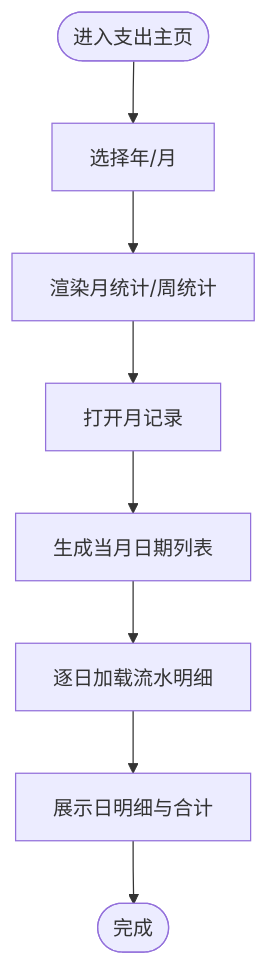
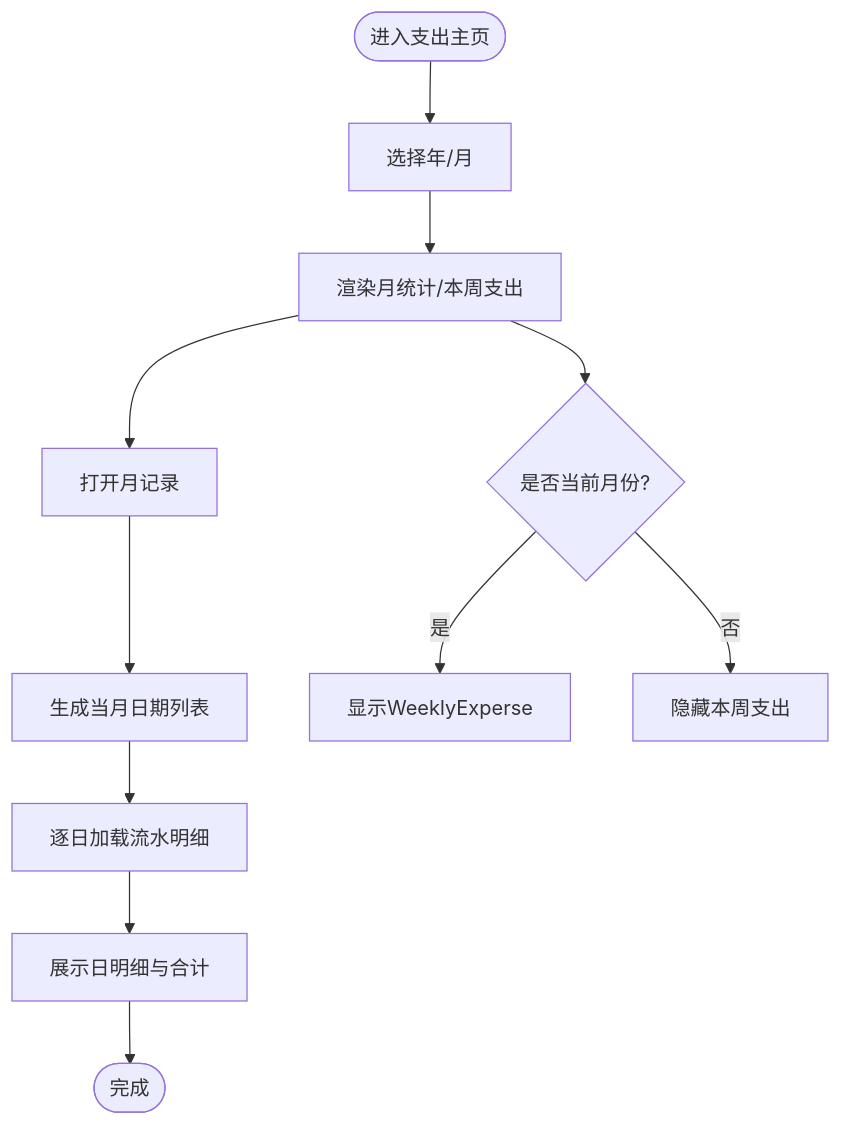
One commit to xiao-lin-unit/yuan changed the fourth of 10 diagrams in .qoder/repowiki/zh/content/支出管理/支出管理.md. Above: the diagram before and after it, drawn with Mermaid. The commit also changed other lines of this file and 62 other files, not shown here.

````diff
--- a/.qoder/repowiki/zh/content/支出管理/支出管理.md
+++ b/.qoder/repowiki/zh/content/支出管理/支出管理.md
@@ -206,10 +204,14 @@
 ```mermaid
 flowchart TD
 Start(["进入支出主页"]) --> SelectMonth["选择年/月"]
-SelectMonth --> RenderMonthly["渲染月统计/周统计"]
+SelectMonth --> RenderMonthly["渲染月统计/本周支出"]
 RenderMonthly --> OpenMonthRecords["打开月记录"]
 OpenMonthRecords --> GenDays["生成当月日期列表"]
 GenDays --> LoadDaily["逐日加载流水明细"]
 LoadDaily --> ShowList["展示日明细与合计"]
 ShowList --> End(["完成"])
+CurrentMonth{"是否当前月份?"}
+RenderMonthly --> CurrentMonth
+CurrentMonth --> |是| ShowWeekly["显示WeeklyExperse"]
+CurrentMonth --> |否| HideWeekly["隐藏本周支出"]
 ```
````
